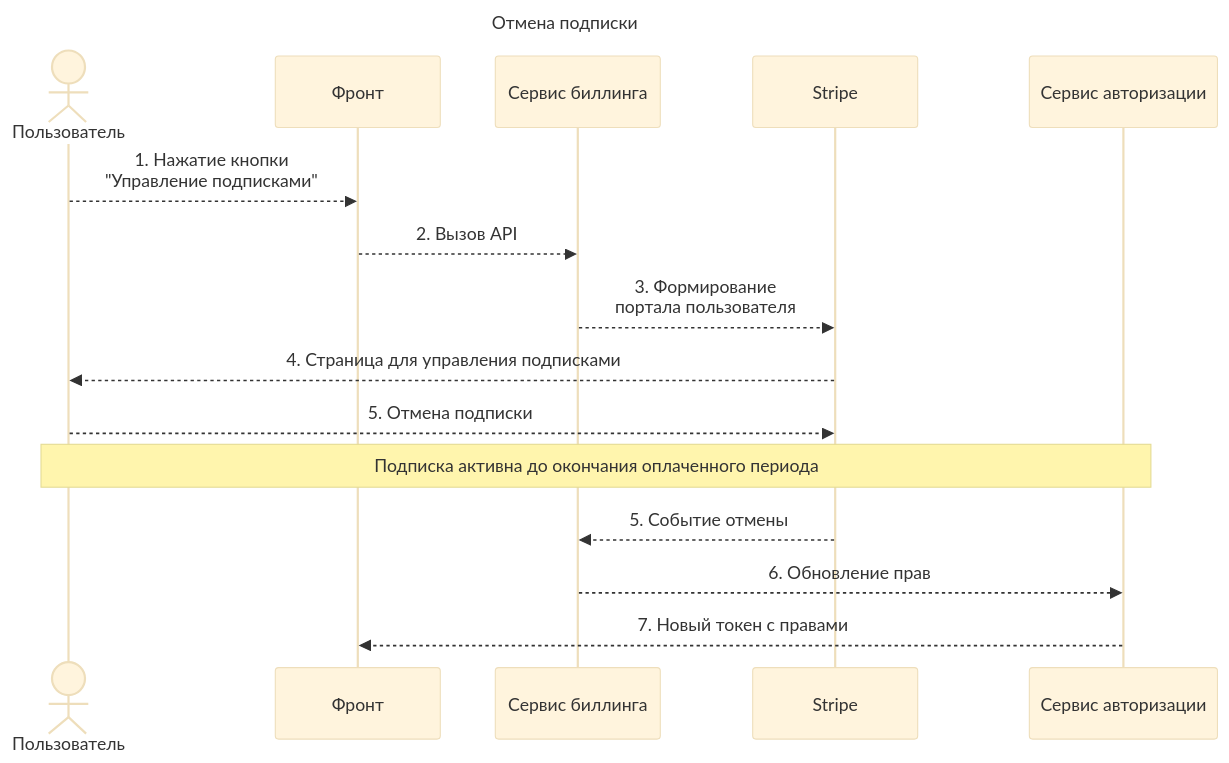
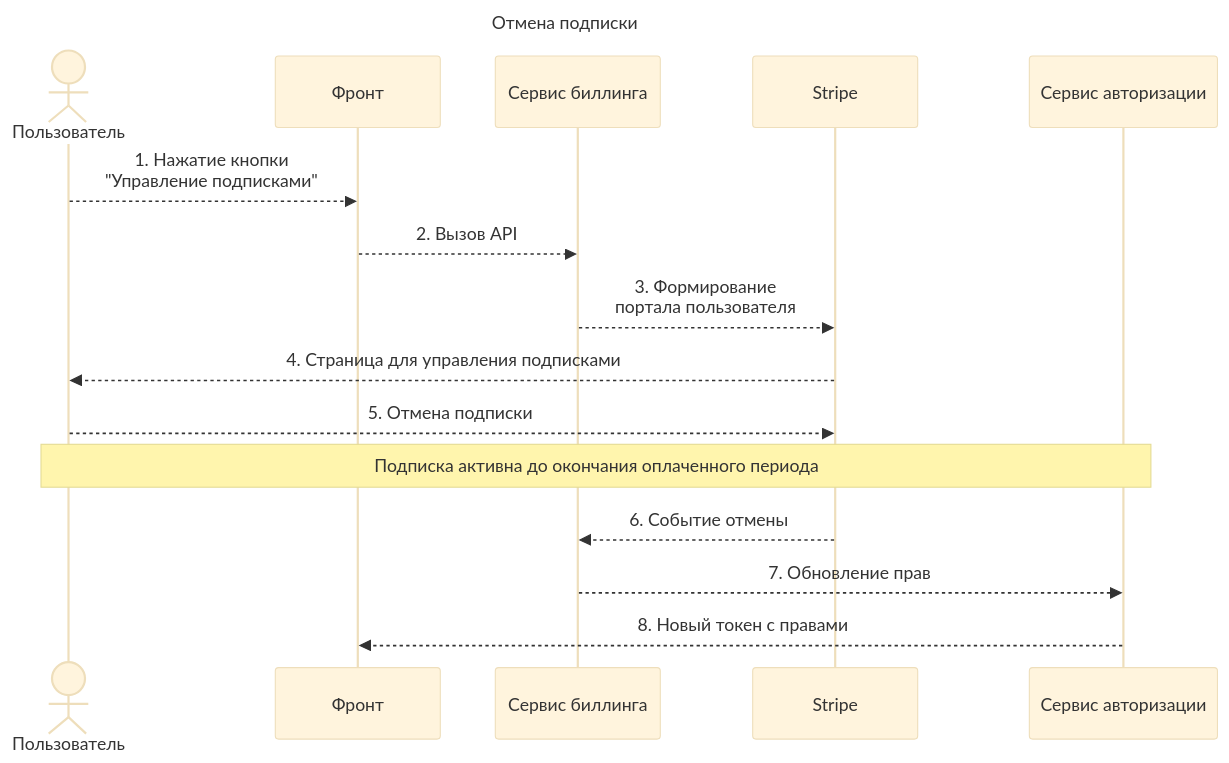
Before and after one commit to mikhail349/graduate_work: the second of 2 diagrams in docs/sequence.md, drawn with Mermaid (base theme). The commit also changed other lines of this file, not shown here.

````diff
--- a/docs/sequence.md
+++ b/docs/sequence.md
@@ -22,21 +22,21 @@
 ```mermaid
 ---
 title: Отмена подписки
 ---
 sequenceDiagram
     actor Client as Пользователь
     participant UI as Фронт
     participant Billing as Сервис биллинга
     participant Stripe
     participant Auth as Сервис авторизации
 
     Client -->> UI: 1. Нажатие кнопки<br/>"Управление подписками"
     UI -->> Billing: 2. Вызов API
     Billing -->> Stripe: 3. Формирование<br/>портала пользователя
     Stripe -->> Client: 4. Страница для управления подписками
     Client -->> Stripe: 5. Отмена подписки
     Note over Client, Auth: Подписка активна до окончания оплаченного периода
-    Stripe -->> Billing: 5. Событие отмены
-    Billing -->> Auth: 6. Обновление прав
-    Auth -->> UI: 7. Новый токен с правами
+    Stripe -->> Billing: 6. Событие отмены
+    Billing -->> Auth: 7. Обновление прав
+    Auth -->> UI: 8. Новый токен с правами
 ```
````
